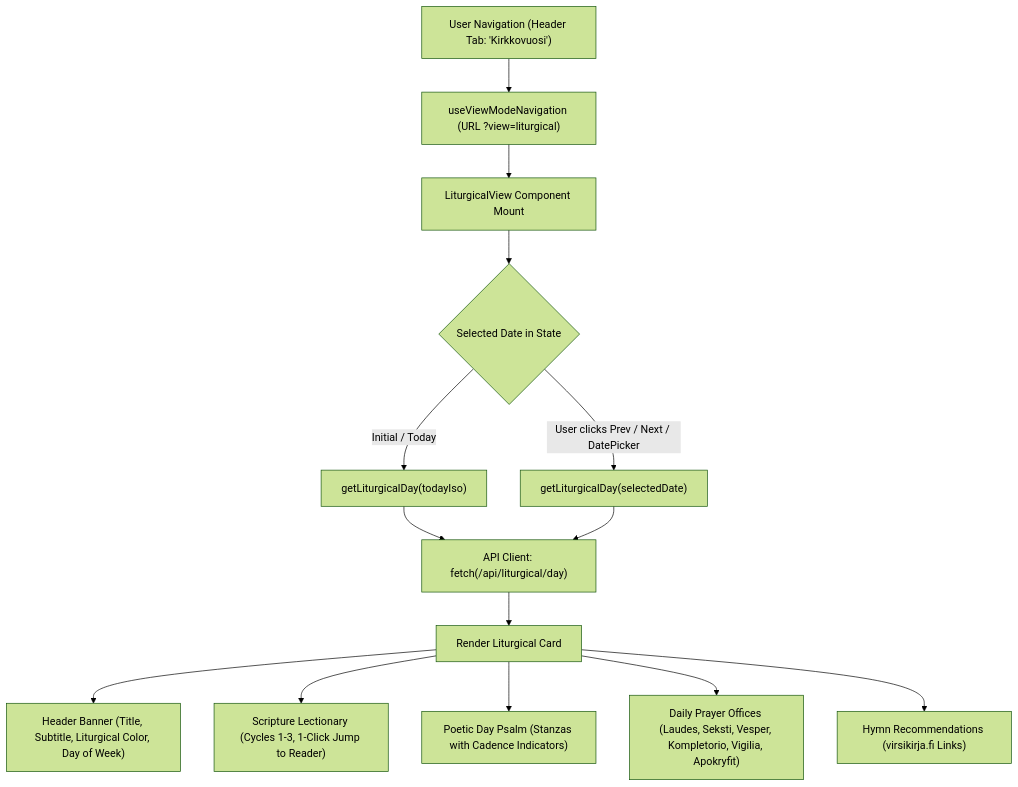
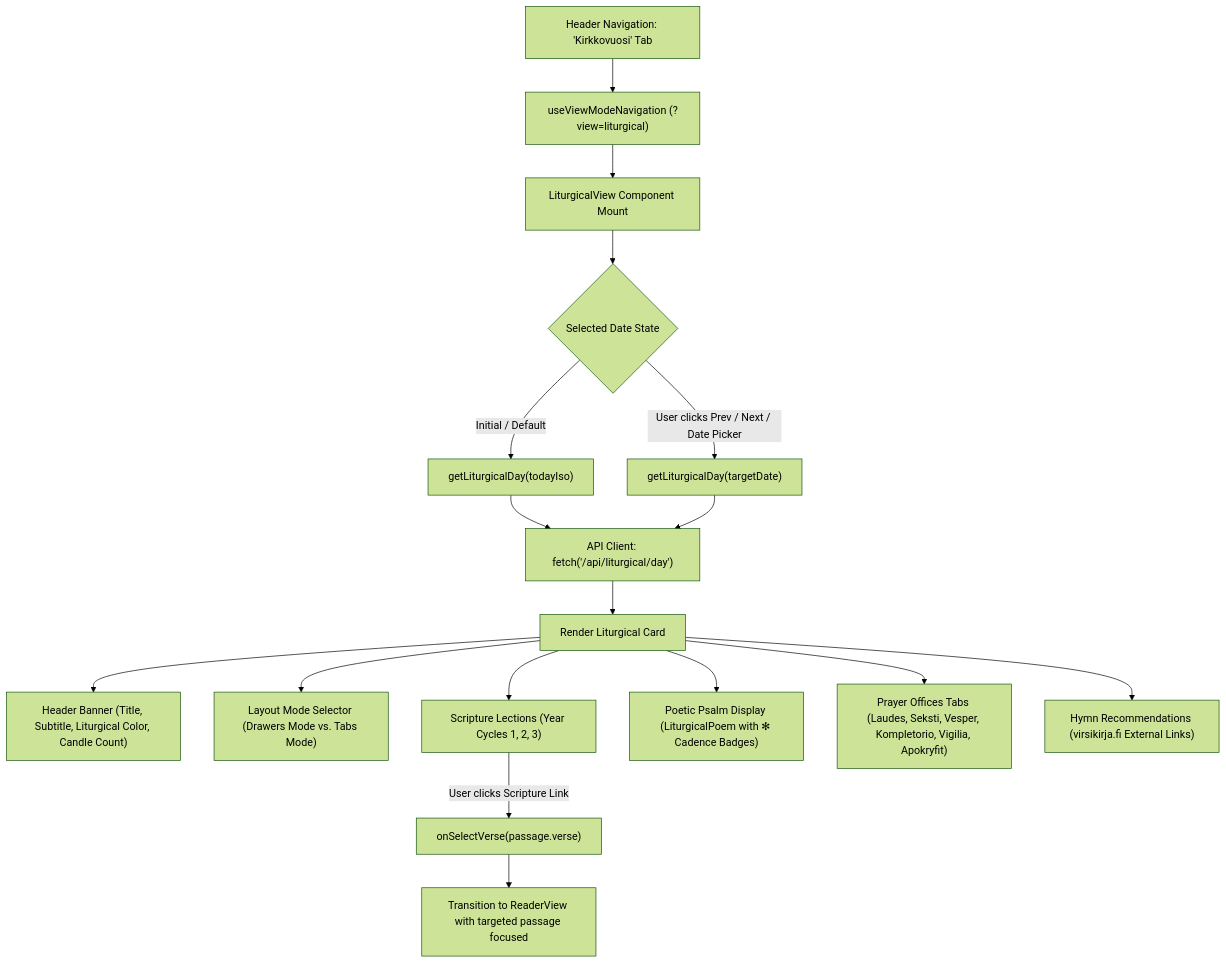
One commit to mvirtai/clible-v3-go changed the second of 2 diagrams in pr_stories/094-feat-church-year-liturgical-calendar-and-offices.md. Above: the diagram before and after it, drawn with Mermaid (forest theme). The commit also changed other lines of this file, not shown here.

Commit message:
docs: enrich liturgical pr story with kirkkovuosikirja attribution and ethical scraping compliance

````diff
--- a/pr_stories/094-feat-church-year-liturgical-calendar-and-offices.md
+++ b/pr_stories/094-feat-church-year-liturgical-calendar-and-offices.md
@@ -49,15 +74,20 @@
 ```mermaid
 flowchart TD
-    A["User Navigation (Header Tab: 'Kirkkovuosi')"] --> B["useViewModeNavigation (URL ?view=liturgical)"]
+    A["Header Navigation: 'Kirkkovuosi' Tab"] --> B["useViewModeNavigation (?view=liturgical)"]
     B --> C["LiturgicalView Component Mount"]
-    C --> D{"Selected Date in State"}
-    D -->|Initial / Today| E["getLiturgicalDay(todayIso)"]
-    D -->|User clicks Prev / Next / DatePicker| F["getLiturgicalDay(selectedDate)"]
-    E & F --> G["API Client: fetch(/api/liturgical/day)"]
+    C --> D{"Selected Date State"}
+    D -->|Initial / Default| E["getLiturgicalDay(todayIso)"]
+    D -->|User clicks Prev / Next / Date Picker| F["getLiturgicalDay(targetDate)"]
+    E & F --> G["API Client: fetch('/api/liturgical/day')"]
     G --> H["Render Liturgical Card"]
-    H --> I["Header Banner (Title, Subtitle, Liturgical Color, Day of Week)"]
-    H --> J["Scripture Lectionary (Cycles 1-3, 1-Click Jump to Reader)"]
-    H --> K["Poetic Day Psalm (Stanzas with Cadence Indicators)"]
-    H --> L["Daily Prayer Offices (Laudes, Seksti, Vesper, Kompletorio, Vigilia, Apokryfit)"]
-    H --> M["Hymn Recommendations (virsikirja.fi Links)"]
+
+    H --> I["Header Banner (Title, Subtitle, Liturgical Color, Candle Count)"]
+    H --> J["Layout Mode Selector (Drawers Mode vs. Tabs Mode)"]
+    H --> K["Scripture Lections (Year Cycles 1, 2, 3)"]
+    H --> L["Poetic Psalm Display (LiturgicalPoem with ✻ Cadence Badges)"]
+    H --> M["Prayer Offices Tabs (Laudes, Seksti, Vesper, Kompletorio, Vigilia, Apokryfit)"]
+    H --> N["Hymn Recommendations (virsikirja.fi External Links)"]
+
+    K -->|User clicks Scripture Link| O["onSelectVerse(passage.verse)"]
+    O --> P["Transition to ReaderView with targeted passage focused"]
 ```
````
